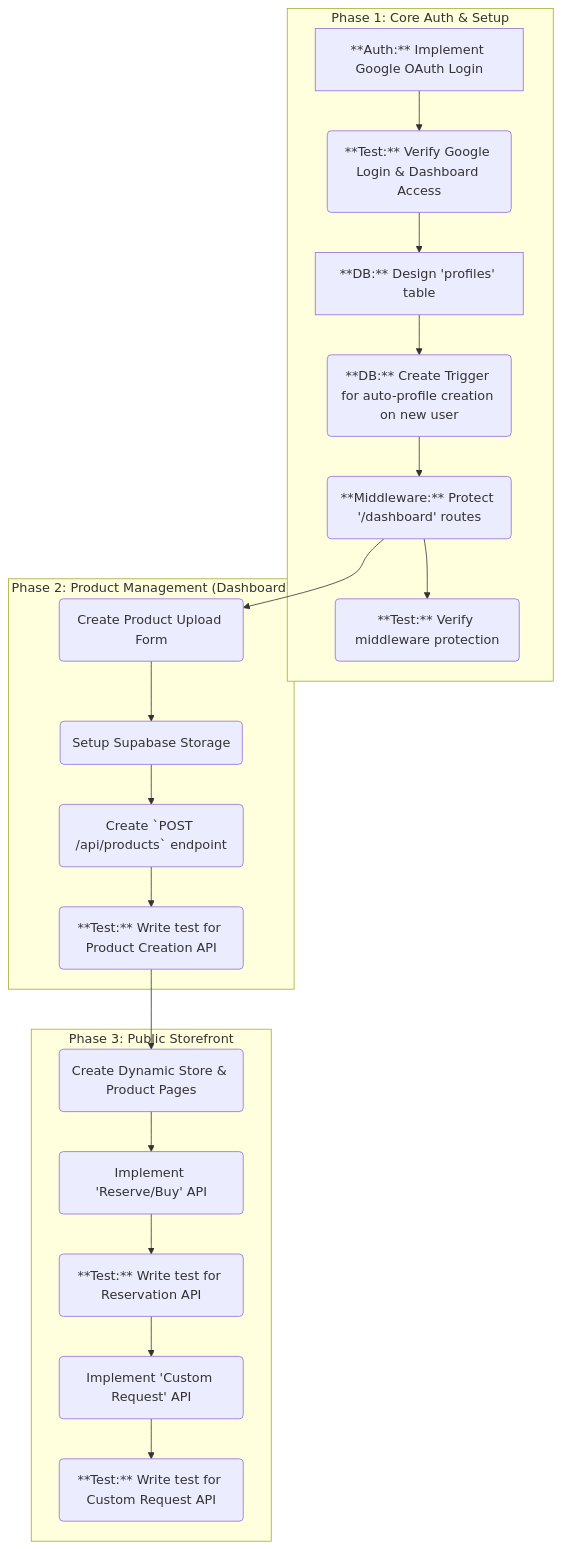
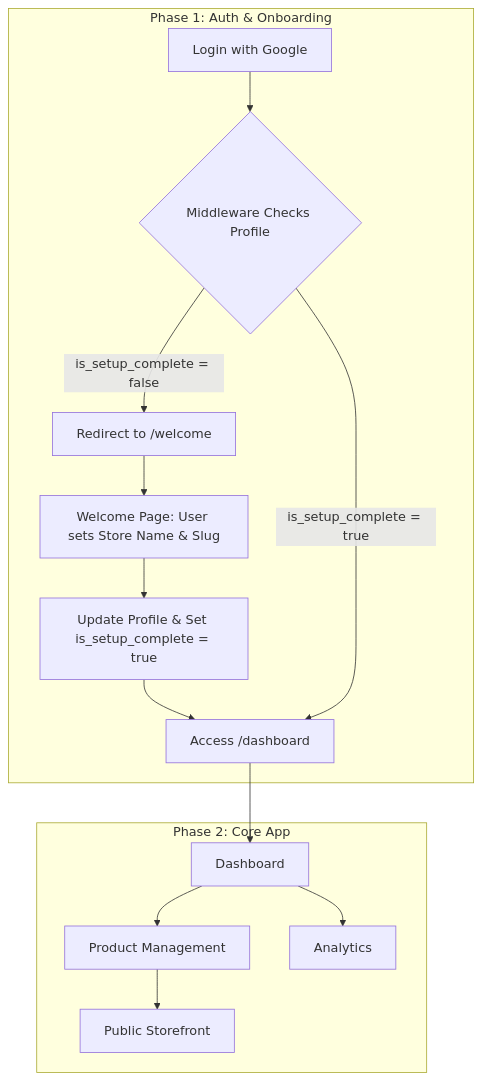
One commit to nimramin/StoreGenie changed the diagram in PLAN.md. Above: the diagram before and after it, drawn with Mermaid. The commit also changed other lines of this file and 7 other files, not shown here.

First line of the commit message:
add a basic bare bone dashboard and lkogin page

````diff
--- a/PLAN.md
+++ b/PLAN.md
@@ -9,23 +9,19 @@
 ```mermaid
 graph TD
-    subgraph "Phase 1: Core Auth & Setup"
-        A1[**Auth:** Implement Google OAuth Login] --> T1( **Test:** Verify Google Login & Dashboard Access);
-        T1 --> DB1[**DB:** Design 'profiles' table];
-        DB1 --> DB2(**DB:** Create Trigger for auto-profile creation on new user);
-        DB2 --> A4(**Middleware:** Protect '/dashboard' routes);
-        A4 --> T3( **Test:** Verify middleware protection);
+    subgraph "Phase 1: Auth & Onboarding"
+        A1[Login with Google] --> A2{Middleware Checks Profile};
+        A2 -- "is_setup_complete = false" --> W1[Redirect to /welcome];
+        W1 --> W2[Welcome Page: User sets Store Name & Slug];
+        W2 --> W3[Update Profile & Set is_setup_complete = true];
+        W3 --> A3[Redirect to /dashboard];
+        A2 -- "is_setup_complete = true" --> A3[Access /dashboard];
     end
 
-    subgraph "Phase 2: Product Management (Dashboard)"
-        P1(Create Product Upload Form) --> P2(Setup Supabase Storage);
-        P2 --> P3(Create `POST /api/products` endpoint) --> T4( **Test:** Write test for Product Creation API);
+    subgraph "Phase 2: Core App"
+        D1[Dashboard] --> P1[Product Management];
+        D1 --> AN1[Analytics];
+        P1 --> S1[Public Storefront];
     end
 
-    subgraph "Phase 3: Public Storefront"
-        S1(Create Dynamic Store & Product Pages) --> S2(Implement 'Reserve/Buy' API) --> T5( **Test:** Write test for Reservation API);
-        T5 --> S3(Implement 'Custom Request' API) --> T6( **Test:** Write test for Custom Request API);
-    end
-
-    A4 --> P1;
-    T4 --> S1;
+    A3 --> D1;
 ```
````
